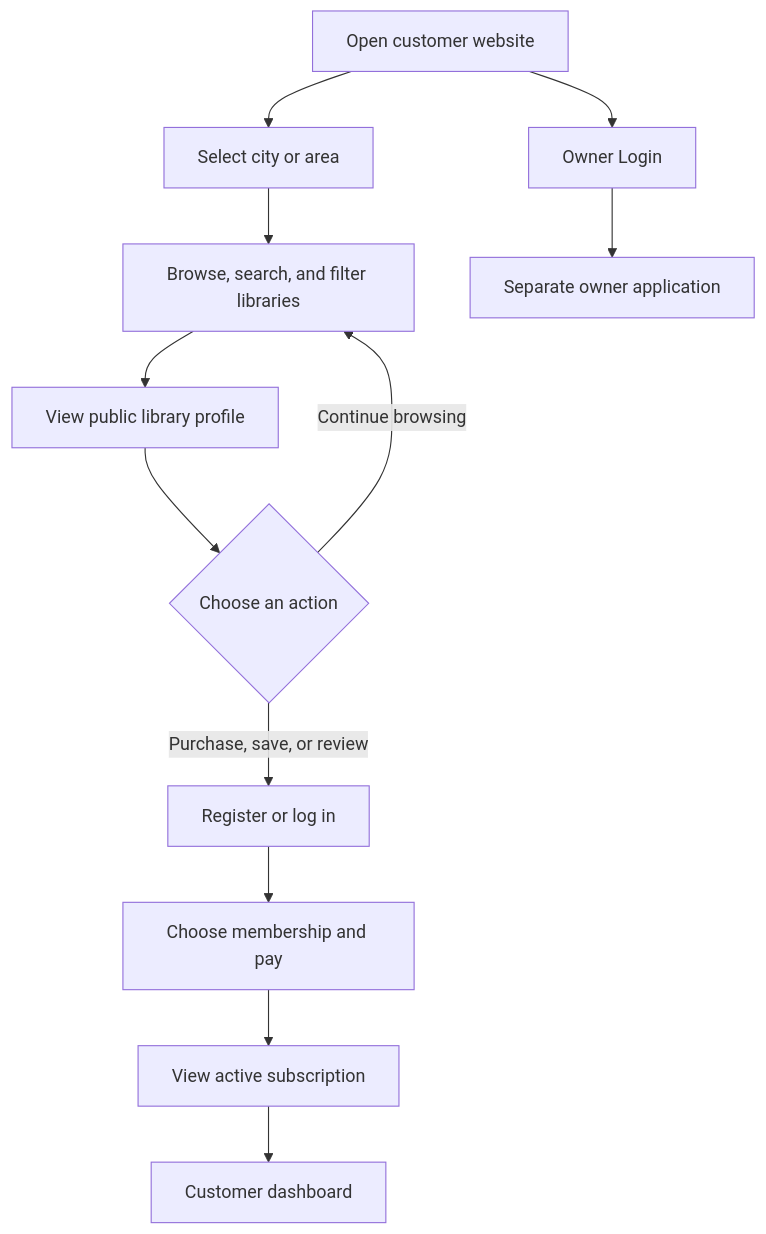
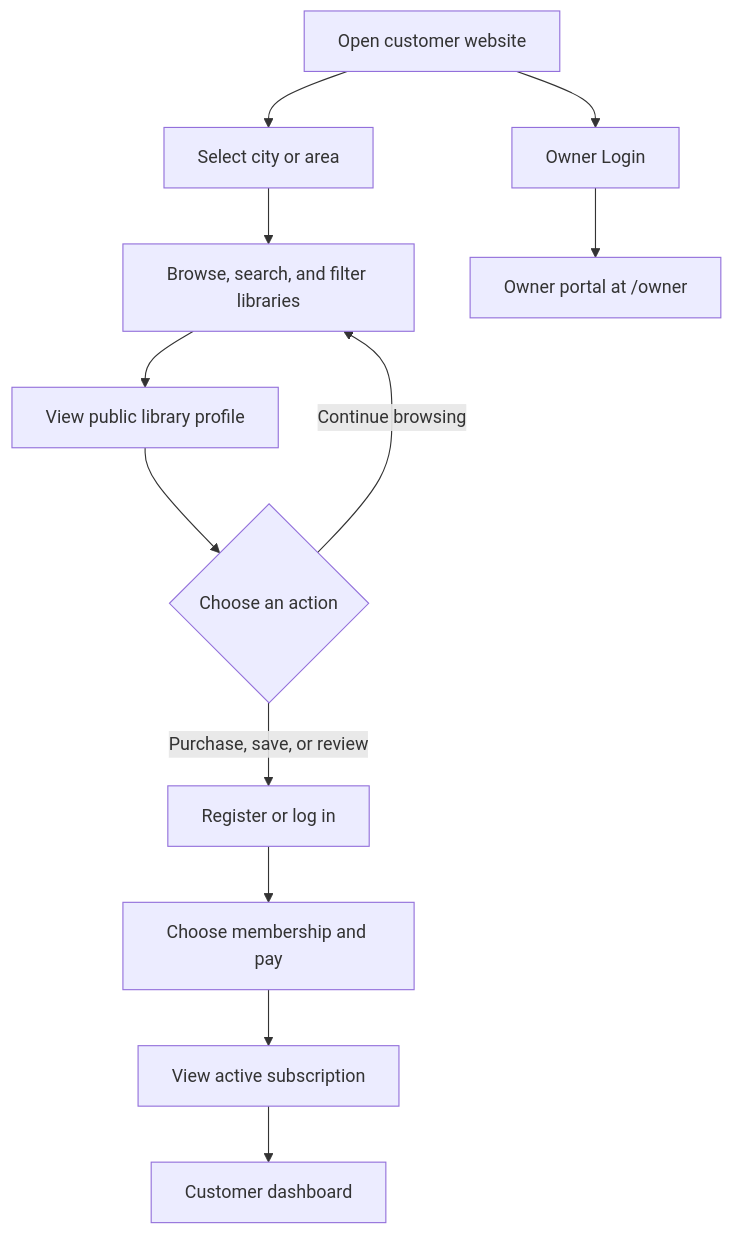
The second of 5 diagrams in README.md (ankit-70177/library-platform), drawn with Mermaid before and after one commit. The commit also changed other lines of this file and 49 other files, not shown here.

````diff
--- a/README.md
+++ b/README.md
@@ -81,14 +80,14 @@
 ```mermaid
 flowchart TD
   Open[Open customer website] --> Location[Select city or area]
   Location --> Browse[Browse, search, and filter libraries]
   Browse --> Profile[View public library profile]
   Profile --> Action{Choose an action}
   Action -->|Continue browsing| Browse
   Action -->|Purchase, save, or review| Auth[Register or log in]
   Auth --> Purchase[Choose membership and pay]
   Purchase --> Subscription[View active subscription]
   Subscription --> Account[Customer dashboard]
   Open --> OwnerEntry[Owner Login]
-  OwnerEntry --> OwnerApp[Separate owner application]
+  OwnerEntry --> OwnerApp[Owner portal at /owner]
 ```
````
